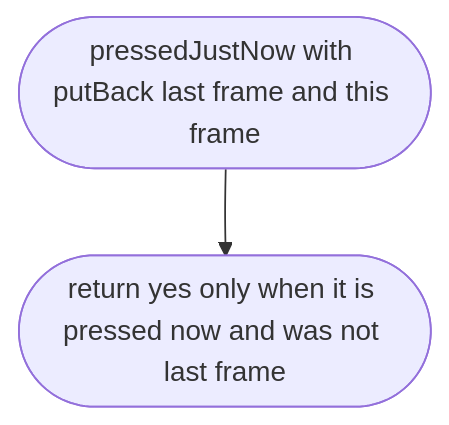
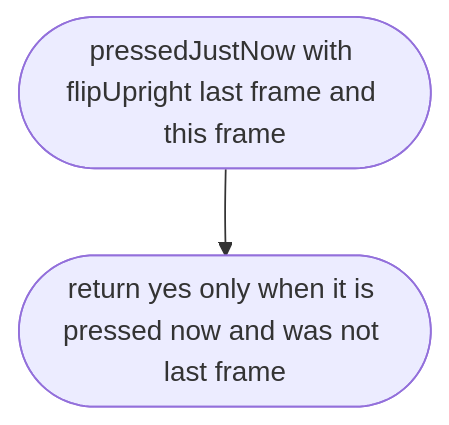
One commit to NewDara-Star/world-engine changed the fourth of 4 diagrams in docs/designs/src/controls/actions.md. Above: the diagram before and after it, drawn with Mermaid. The commit also changed other lines of this file and 41 other files, not shown here.

````diff
--- a/docs/designs/src/controls/actions.md
+++ b/docs/designs/src/controls/actions.md
@@ -63,6 +68,6 @@
 ```mermaid
 flowchart TD
-  s(["pressedJustNow with putBack last frame and this frame"])
+  s(["pressedJustNow with flipUpright last frame and this frame"])
   a(["return yes only when it is pressed now and was not last frame"])
   s --> a
 ```
````
